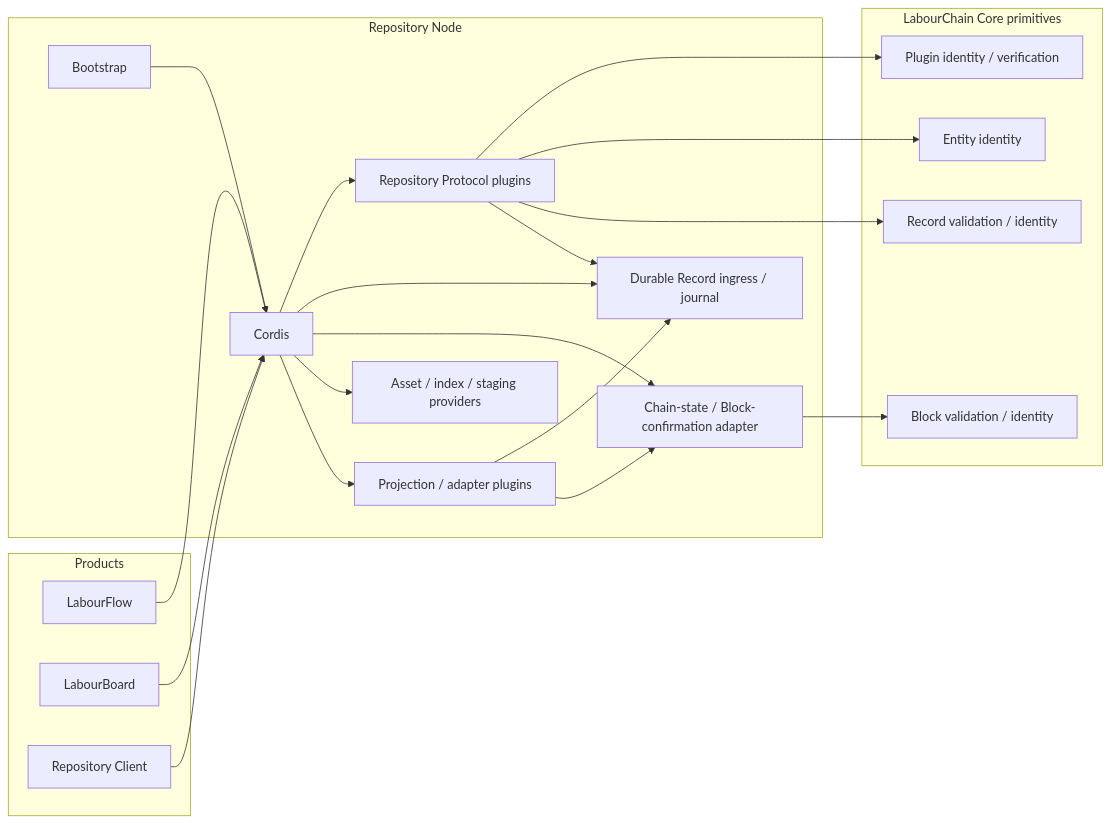
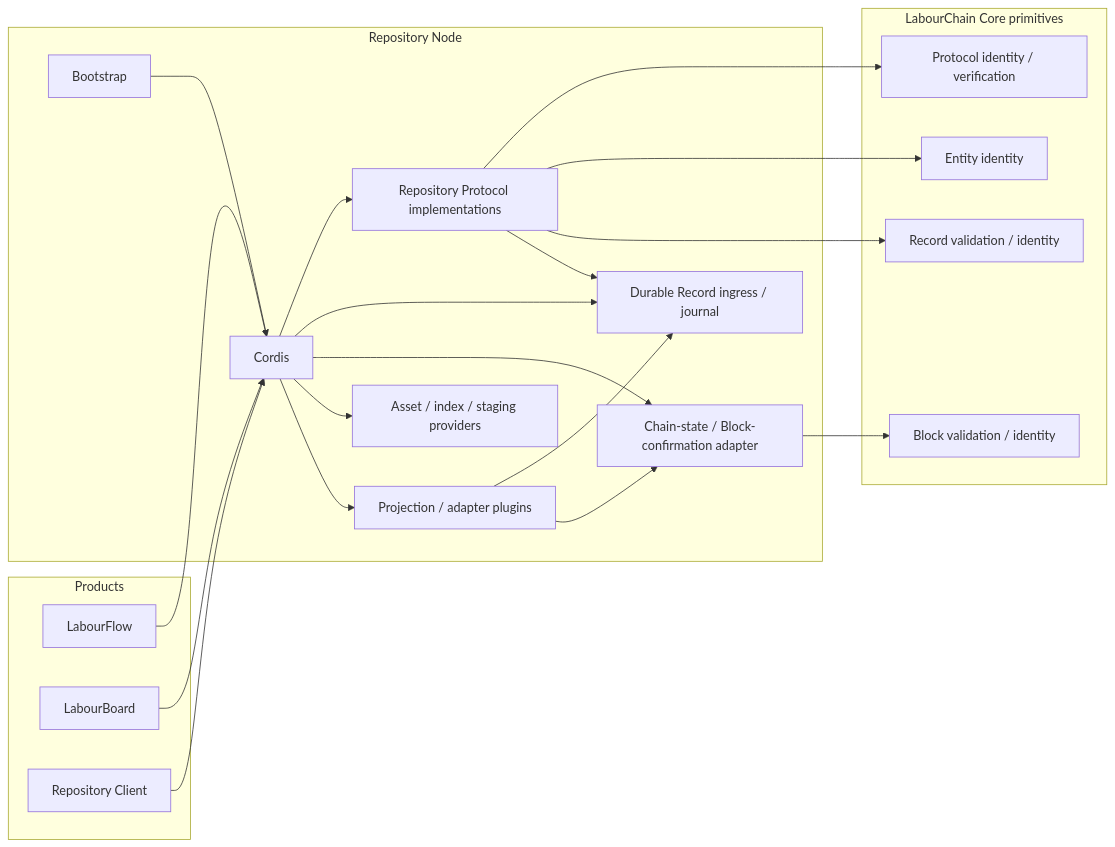
The second of 5 diagrams in docs/architecture.md (labourchain/repository), drawn with Mermaid before and after one commit. The commit also changed other lines of this file and 8 other files, not shown here.

````diff
--- a/docs/architecture.md
+++ b/docs/architecture.md
@@ -121,44 +122,44 @@
 ```mermaid
 flowchart LR
     subgraph Products["Products"]
         Flow["LabourFlow"]
         Board["LabourBoard"]
         Client["Repository Client"]
     end
 
     subgraph Node["Repository Node"]
         Bootstrap["Bootstrap"]
         Cordis["Cordis"]
-        RepoPlugins["Repository Protocol plugins"]
+        RepoProtocols["Repository Protocol implementations"]
         Journal["Durable Record ingress / journal"]
         ChainState["Chain-state / Block-confirmation adapter"]
         Providers["Asset / index / staging providers"]
         Views["Projection / adapter plugins"]
     end
 
     subgraph Core["LabourChain Core primitives"]
-        Plugin["Plugin identity / verification"]
+        Protocol["Protocol identity / verification"]
         Entity["Entity identity"]
         Record["Record validation / identity"]
         Block["Block validation / identity"]
     end
 
     Bootstrap --> Cordis
-    Cordis --> RepoPlugins
+    Cordis --> RepoProtocols
     Cordis --> Journal
     Cordis --> ChainState
     Cordis --> Providers
     Cordis --> Views
 
     Flow --> Cordis
     Board --> Cordis
     Client --> Cordis
 
-    RepoPlugins --> Plugin
-    RepoPlugins --> Entity
-    RepoPlugins --> Record
-    RepoPlugins --> Journal
+    RepoProtocols --> Protocol
+    RepoProtocols --> Entity
+    RepoProtocols --> Record
+    RepoProtocols --> Journal
     Views --> Journal
     Views --> ChainState
     ChainState --> Block
 ```
````
